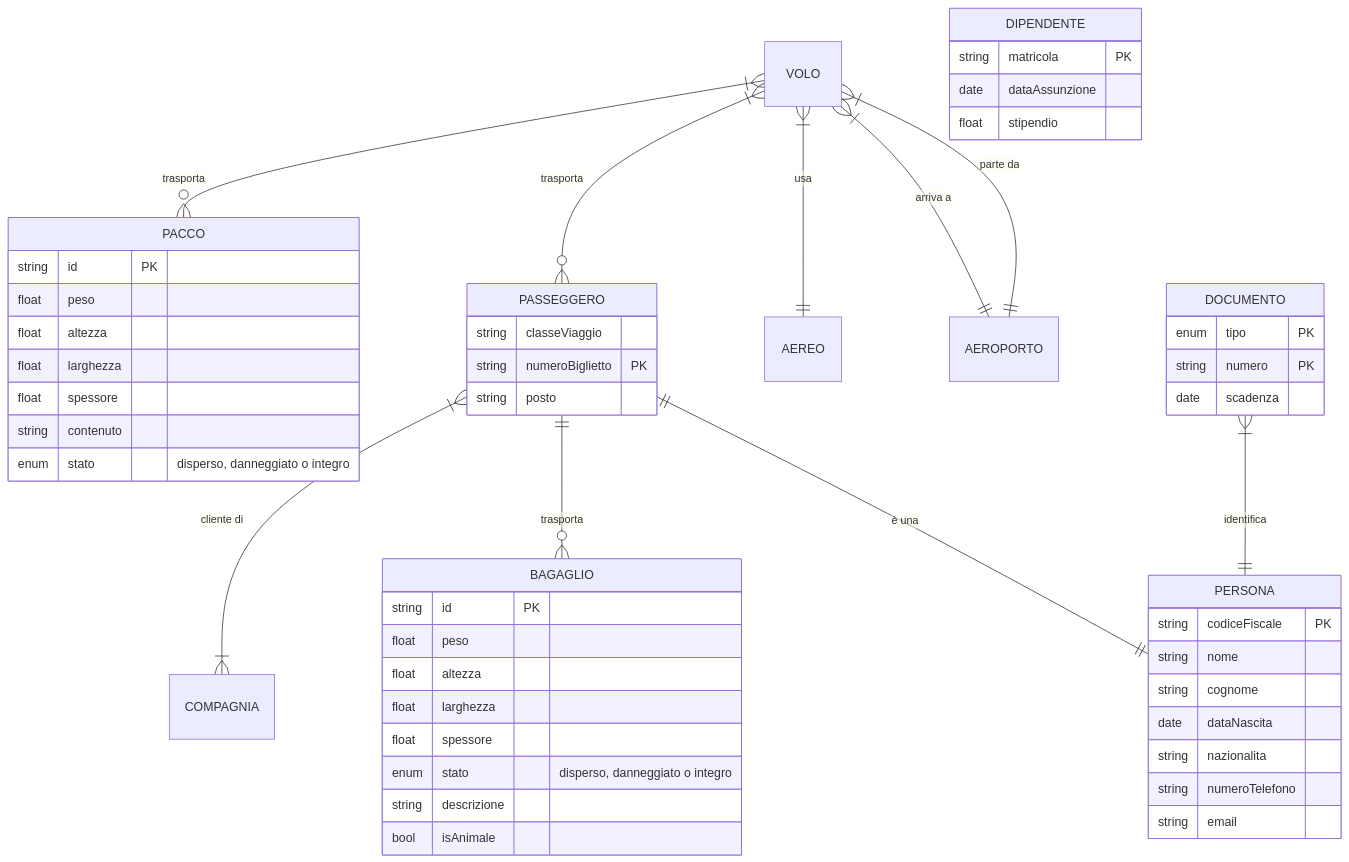
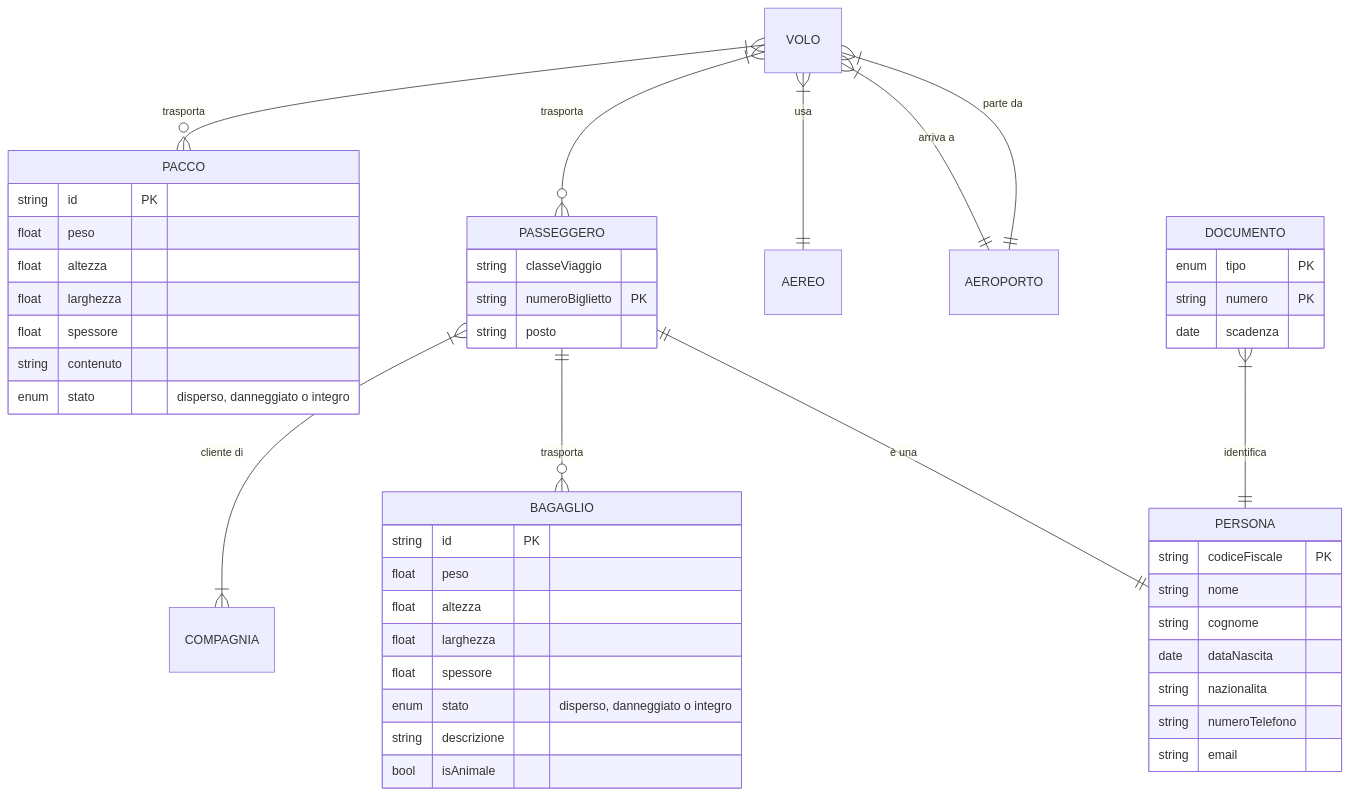
Before and after one commit to Diebbo/aereodb: the third of 6 diagrams in RELAZIONE.md, drawn with Mermaid.

Commit message:
fix  attributi dipendente

````diff
--- a/RELAZIONE.md
+++ b/RELAZIONE.md
@@ -256,58 +261,53 @@
 ```mermaid
 erDiagram
     VOLO }|--|| AEROPORTO: "parte da"
     VOLO }|--|| AEROPORTO: "arriva a"
     VOLO }|--|| AEREO: "usa"
     VOLO }|--o{ PASSEGGERO: "trasporta"
     VOLO }|--o{ PACCO: "trasporta"
 
     PASSEGGERO ||--|| PERSONA: "è una"
     PASSEGGERO ||--o{ BAGAGLIO: "trasporta"
     PASSEGGERO }|--|{ COMPAGNIA: "cliente di"
 
     DOCUMENTO }|--|| PERSONA: "identifica"
 
     PACCO {
         string id PK
         float peso
         float altezza
         float larghezza
         float spessore
         string contenuto
         enum stato "disperso, danneggiato o integro"
     }
     PERSONA {
         string codiceFiscale PK
         string nome
         string cognome
         date dataNascita
         string nazionalita
         string numeroTelefono
         string email
     }
     PASSEGGERO {
         string classeViaggio
         string numeroBiglietto PK
         string posto
     }
     BAGAGLIO {
         string id PK
         float peso
         float altezza
         float larghezza
         float spessore
         enum stato "disperso, danneggiato o integro"
         string descrizione
         bool isAnimale
     }
-    DIPENDENTE {
-        string matricola PK
-        date dataAssunzione
-        float stipendio
-    }
     DOCUMENTO {
         enum tipo PK
         string numero PK
         date scadenza
     }
 ```
````
